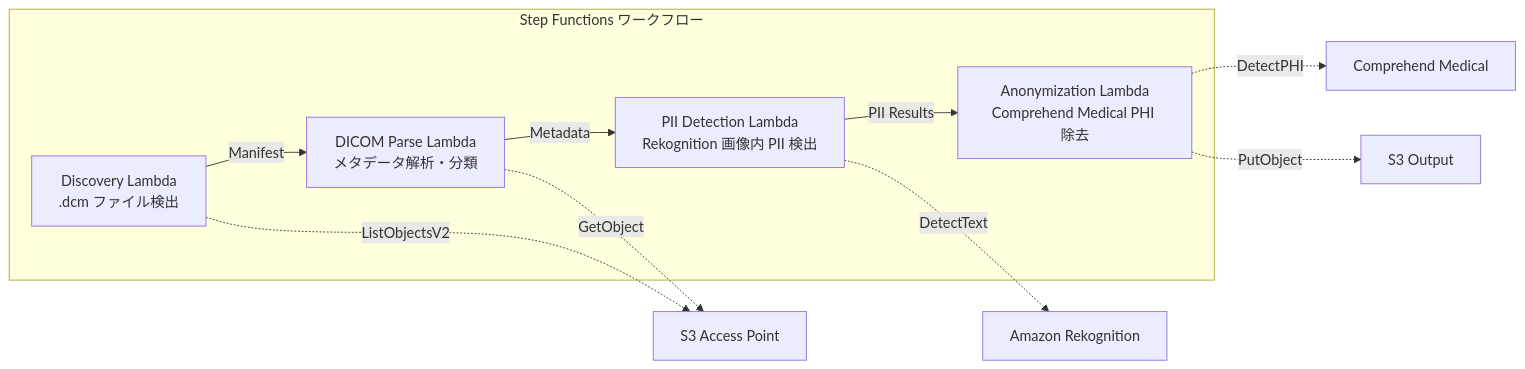
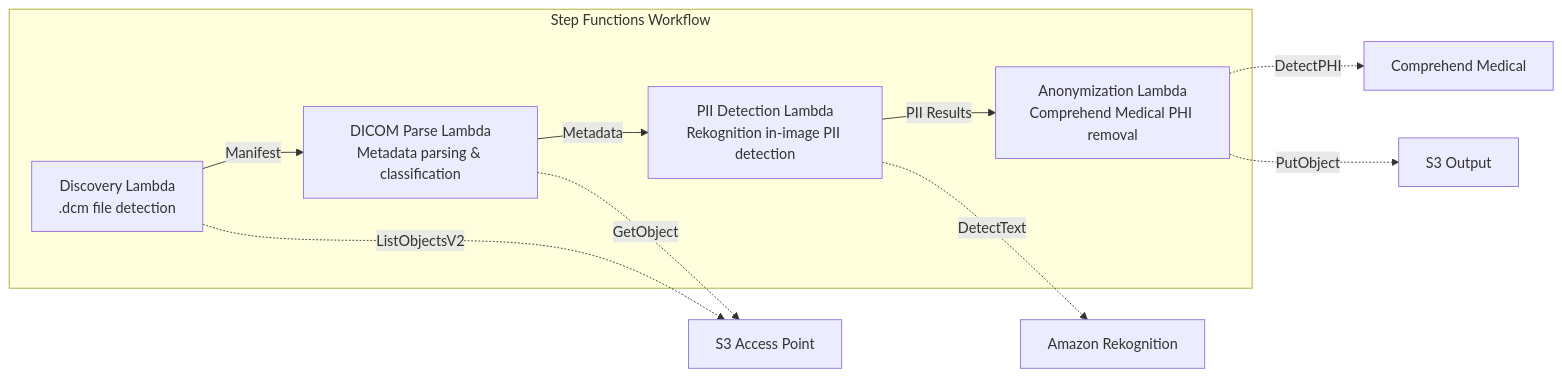
Before and after one commit to Yoshiki0705/FSx-for-ONTAP-S3AccessPoints-Serverless-Patterns: the diagram in solutions/industry/healthcare-dicom/README.en.md, drawn with Mermaid. The commit also changed other lines of this file and 20 other files, not shown here.

````diff
--- a/solutions/industry/healthcare-dicom/README.en.md
+++ b/solutions/industry/healthcare-dicom/README.en.md
@@ -28,19 +56,19 @@
 ```mermaid
 graph LR
-    subgraph "Step Functions ワークフロー"
-        D[Discovery Lambda<br/>.dcm ファイル検出]
-        DP[DICOM Parse Lambda<br/>メタデータ解析・分類]
-        PII[PII Detection Lambda<br/>Rekognition 画像内 PII 検出]
-        ANON[Anonymization Lambda<br/>Comprehend Medical PHI 除去]
+    subgraph "Step Functions Workflow"
+        D[Discovery Lambda<br/>.dcm file detection]
+        DP[DICOM Parse Lambda<br/>Metadata parsing & classification]
+        PII[PII Detection Lambda<br/>Rekognition in-image PII detection]
+        ANON[Anonymization Lambda<br/>Comprehend Medical PHI removal]
     end
 
     D -->|Manifest| DP
     DP -->|Metadata| PII
     PII -->|PII Results| ANON
 
     D -.->|ListObjectsV2| S3AP[S3 Access Point]
     DP -.->|GetObject| S3AP
     PII -.->|DetectText| Rekognition[Amazon Rekognition]
     ANON -.->|DetectPHI| CM[Comprehend Medical]
     ANON -.->|PutObject| S3OUT[S3 Output]
 ```
````
